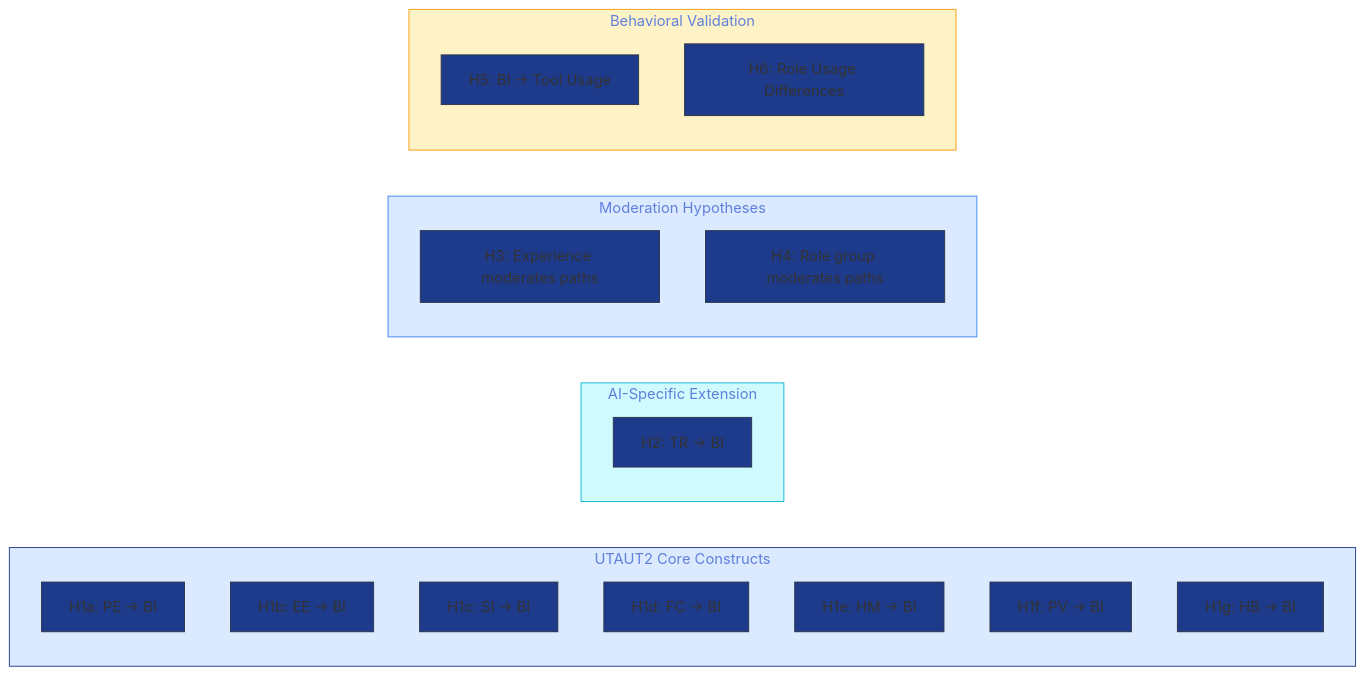
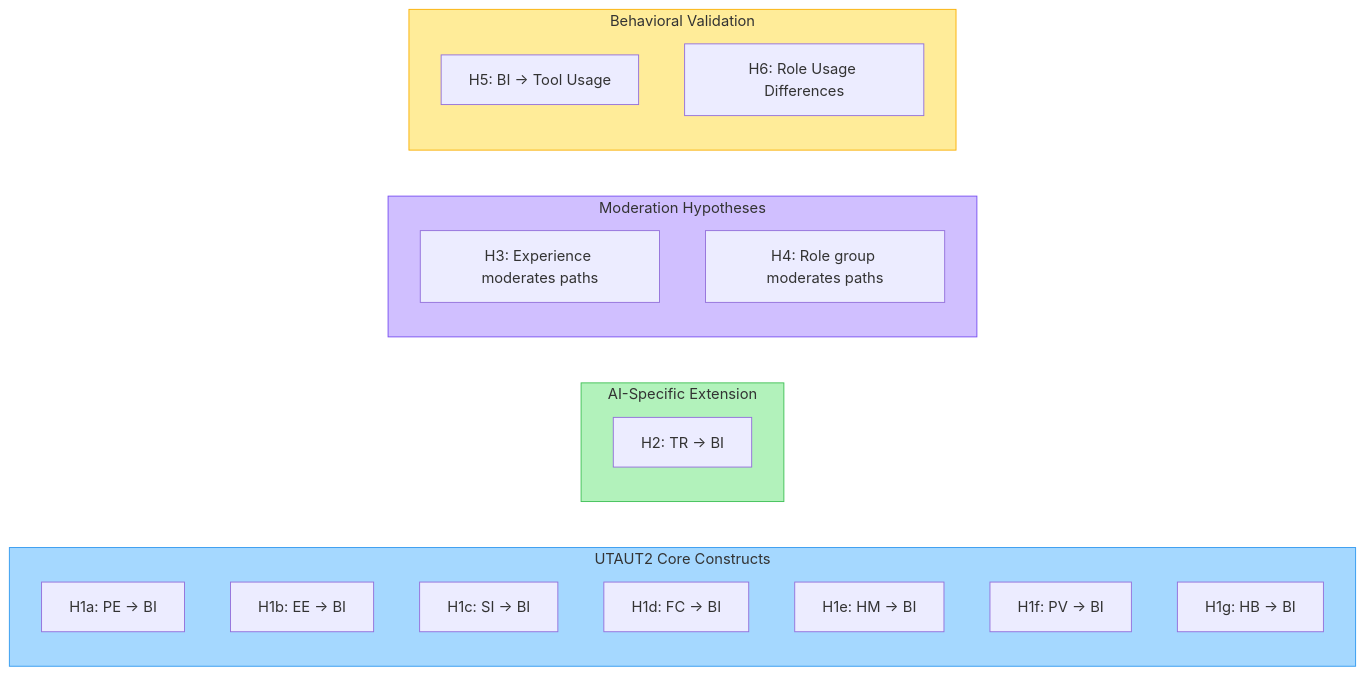
Before and after one commit to fabioc-aloha/AIRS_Data_Analysis: the third of 3 diagrams in thesis-v2/manuscript/chapters/02_literature_review.md, drawn with Mermaid. The commit also changed 3 other files, not shown here.

Commit message:
style: update Mermaid diagrams to GitHub pastel palette

````diff
--- a/thesis-v2/manuscript/chapters/02_literature_review.md
+++ b/thesis-v2/manuscript/chapters/02_literature_review.md
@@ -336,32 +336,31 @@
 ```mermaid
-%%{init: {'theme': 'base', 'themeVariables': {'primaryColor': '#1e3a8a', 'lineColor': '#3b82f6'}}}%%
 flowchart LR
     subgraph UTAUT2["UTAUT2 Core Constructs"]
         H1a["H1a: PE -> BI"]
         H1b["H1b: EE -> BI"]
         H1c["H1c: SI -> BI"]
         H1d["H1d: FC -> BI"]
         H1e["H1e: HM -> BI"]
         H1f["H1f: PV -> BI"]
         H1g["H1g: HB -> BI"]
     end
 
     subgraph AIExtension["AI-Specific Extension"]
         H2["H2: TR -> BI"]
     end
 
     subgraph Moderation["Moderation Hypotheses"]
         H3["H3: Experience moderates paths"]
         H4["H4: Role group moderates paths"]
     end
 
     subgraph Validation["Behavioral Validation"]
         H5["H5: BI -> Tool Usage"]
         H6["H6: Role Usage Differences"]
     end
 
-    style UTAUT2 fill:#dbeafe,stroke:#1e3a8a
-    style AIExtension fill:#cffafe,stroke:#06b6d4
-    style Moderation fill:#dbeafe,stroke:#3b82f6
-    style Validation fill:#fef3c7,stroke:#f59e0b
+    style UTAUT2 fill:#a5d8ff,stroke:#339af0
+    style AIExtension fill:#b2f2bb,stroke:#40c057
+    style Moderation fill:#d0bfff,stroke:#7950f2
+    style Validation fill:#ffec99,stroke:#fab005
 ```
````
